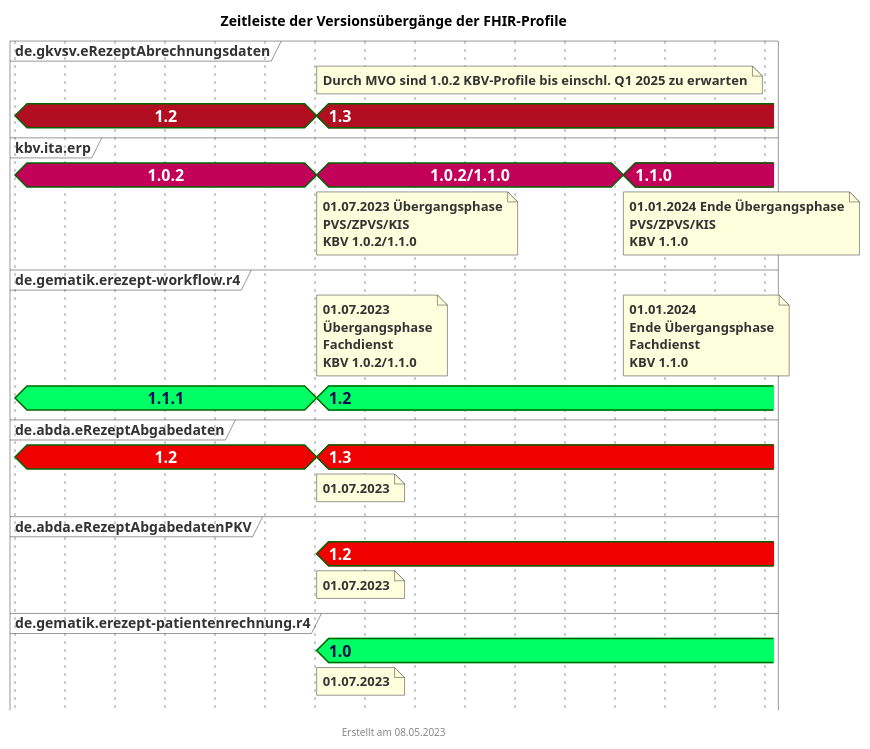
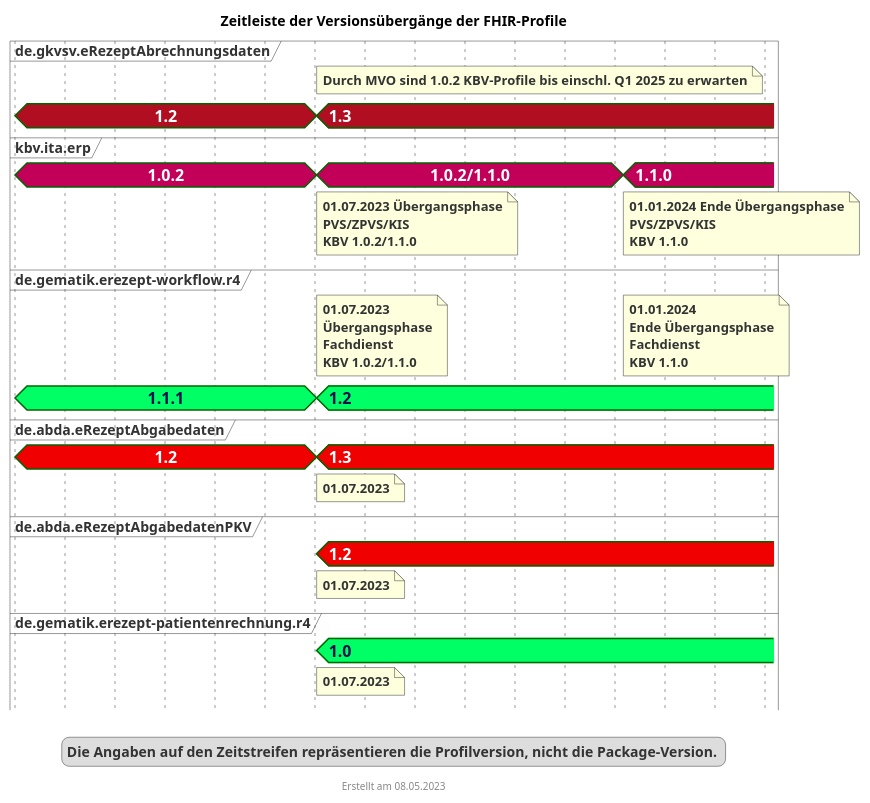
The diagram in puml/fhir_version_timeline.puml (gematik/api-erp), drawn with PlantUML before and after one commit. The commit also changed 1 other file, not shown here.

```diff
--- a/puml/fhir_version_timeline.puml
+++ b/puml/fhir_version_timeline.puml
@@ -1,72 +1,77 @@
 @startuml fhir_version_timeline
 <style>
 timingDiagram {
   .kbvcolor {
     FontColor #ffffff
     Fontsize 16
     FontStyle bold
     Backgroundcolor #c30059
   }
   .gematikcolor {
     FontColor #000e52
     Fontsize 16
     FontStyle bold
     Backgroundcolor #00ff64
   }
   .davcolor {
     FontColor #ffffff
     Fontsize 16
     FontStyle bold
     BackgroundColor #f00000
   }
   .gkvcolor {
     FontColor #ffffff
     Fontsize 16
     FontStyle bold
     BackgroundColor #b10f21
   }
 }
 </style>
 title Zeitleiste der Versionsübergänge der FHIR-Profile
 footer Erstellt am 08.05.2023
+
 
 concise "de.gkvsv.eRezeptAbrechnungsdaten" as GKV <<gkvcolor>>
 concise "kbv.ita.erp" as KBV <<kbvcolor>>
 concise "de.gematik.erezept-workflow.r4" as gematik <<gematikcolor>>
 concise "de.abda.eRezeptAbgabedaten" as DAV <<davcolor>>
 concise "de.abda.eRezeptAbgabedatenPKV" as PKV <<davcolor>>
 concise "de.gematik.erezept-patientenrechnung.r4" as gematikpkv <<gematikcolor>>
 
 
 '30 days is scaled to 50 pixels
 scale 2592000 as 50 pixels
 hide time-axis
 
 @2023/01/01
 GKV is 1.2
 KBV is 1.0.2
 DAV is 1.2
 gematik is 1.1.1
 
 @2023/07/01
 note bottom of KBV : 01.07.2023 Übergangsphase\nPVS/ZPVS/KIS\nKBV 1.0.2/1.1.0
 note bottom of PKV : 01.07.2023
 note top of gematik : 01.07.2023\nÜbergangsphase\nFachdienst\nKBV 1.0.2/1.1.0
 note bottom of gematikpkv : 01.07.2023
 note bottom of DAV : 01.07.2023
 note top of GKV : Durch MVO sind 1.0.2 KBV-Profile bis einschl. Q1 2025 zu erwarten
 KBV is "1.0.2/1.1.0"
 gematik is 1.2
 gematikpkv is 1.0
 DAV is 1.3
 PKV is 1.2
 GKV is 1.3
 
 @2024/01/01
 note bottom of KBV : 01.01.2024 Ende Übergangsphase\nPVS/ZPVS/KIS\nKBV 1.1.0
 note top of gematik : 01.01.2024\nEnde Übergangsphase\nFachdienst\nKBV 1.1.0
 KBV is 1.1.0
 
 @2024/03/01
 
+legend 
+Die Angaben auf den Zeitstreifen repräsentieren die Profilversion, nicht die Package-Version. 
+end legend
+
 @enduml
```
